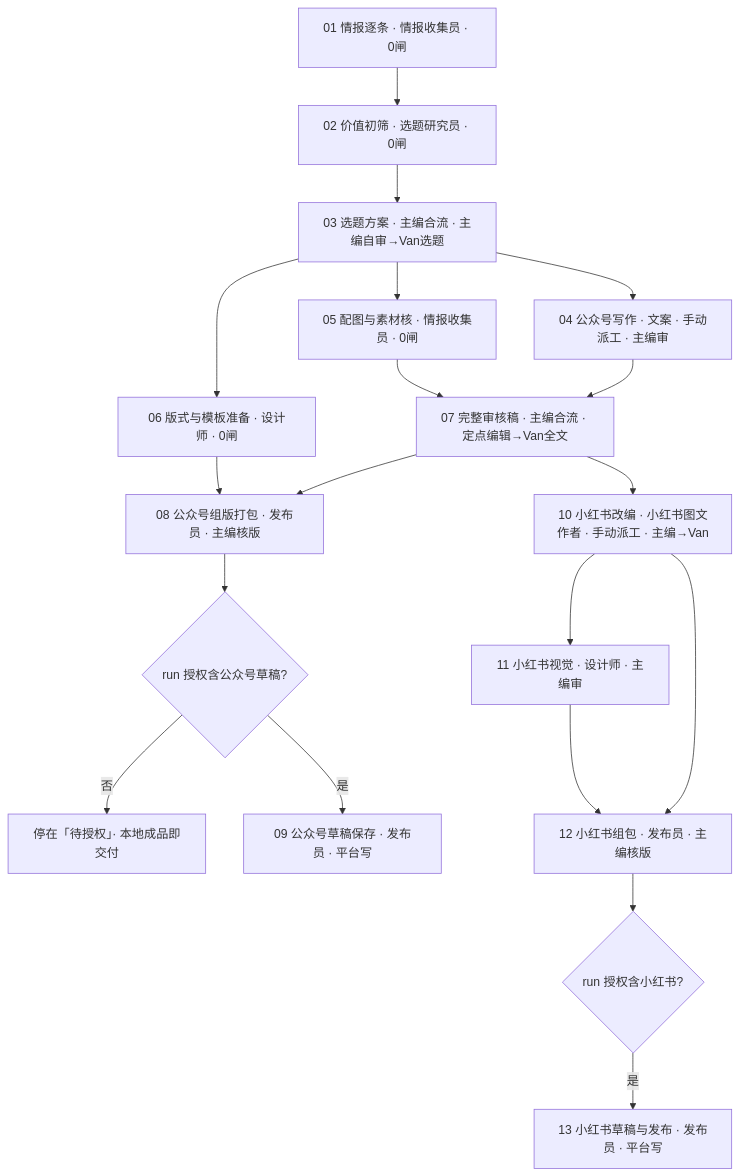
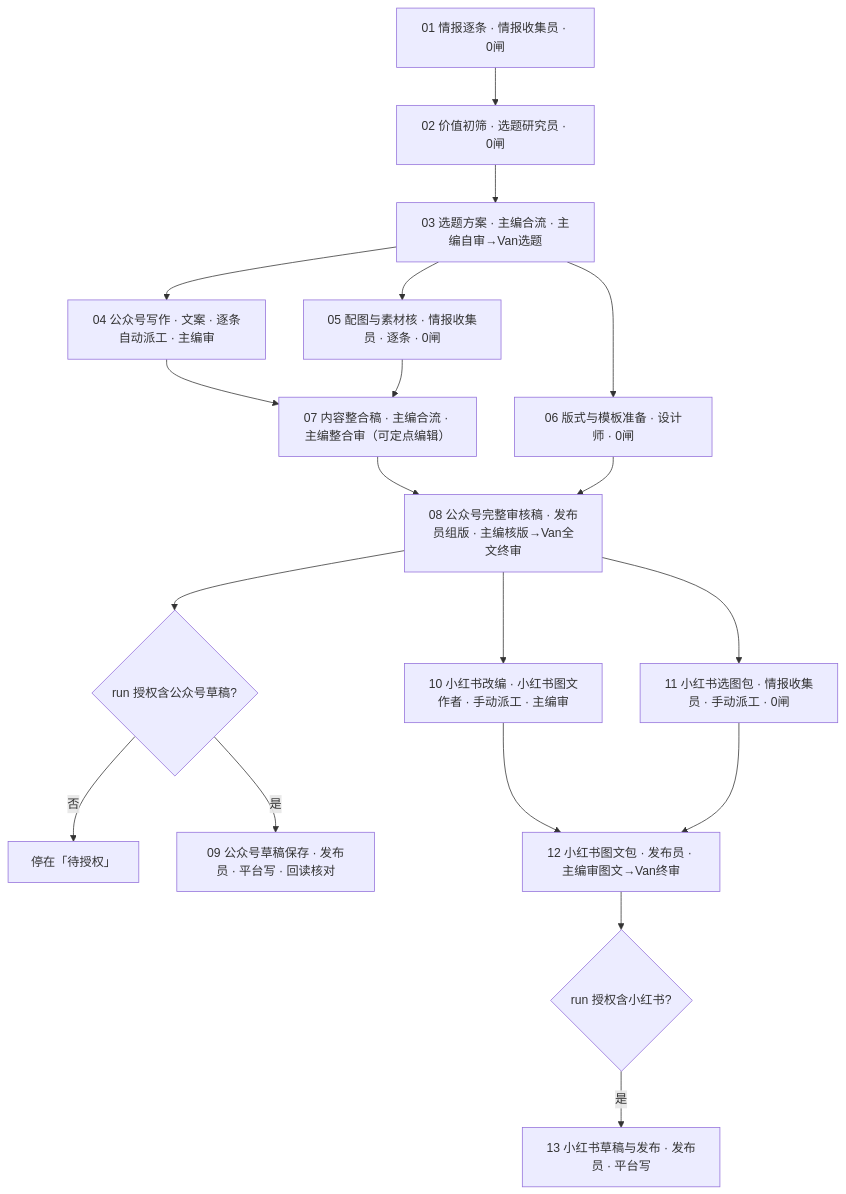
Before and after one commit to azure1489/csw-agent-team: the diagram in docs/资讯日更_全流程.md, drawn with Mermaid. The commit also changed other lines of this file and 67 other files, not shown here.

````diff
--- a/docs/资讯日更_全流程.md
+++ b/docs/资讯日更_全流程.md
@@ -43,21 +44,21 @@
 ```mermaid
 flowchart TD
   A[01 情报逐条 · 情报收集员 · 0闸] --> B[02 价值初筛 · 选题研究员 · 0闸]
   B --> C[03 选题方案 · 主编合流 · 主编自审→Van选题]
-  C --> D[04 公众号写作 · 文案 · 手动派工 · 主编审]
-  C --> E[05 配图与素材核 · 情报收集员 · 0闸]
+  C --> D[04 公众号写作 · 文案 · 逐条自动派工 · 主编审]
+  C --> E[05 配图与素材核 · 情报收集员 · 逐条 · 0闸]
   C --> F[06 版式与模板准备 · 设计师 · 0闸]
-  D --> G[07 完整审核稿 · 主编合流 · 定点编辑→Van全文]
+  D --> G[07 内容整合稿 · 主编合流 · 主编整合审（可定点编辑）]
   E --> G
-  G --> H[08 公众号组版打包 · 发布员 · 主编核版]
+  G --> H[08 公众号完整审核稿 · 发布员组版 · 主编核版→Van全文终审]
   F --> H
   H --> I{run 授权含公众号草稿?}
-  I -->|否| I0[停在「待授权」· 本地成品即交付]
-  I -->|是| J[09 公众号草稿保存 · 发布员 · 平台写]
-  G --> K[10 小红书改编 · 小红书图文作者 · 手动派工 · 主编→Van]
-  K --> L[11 小红书视觉 · 设计师 · 主编审]
-  K --> M[12 小红书组包 · 发布员 · 主编核版]
+  I -->|否| I0[停在「待授权」]
+  I -->|是| J[09 公众号草稿保存 · 发布员 · 平台写 · 回读核对]
+  H --> K[10 小红书改编 · 小红书图文作者 · 手动派工 · 主编审]
+  H --> L[11 小红书选图包 · 情报收集员 · 手动派工 · 0闸]
+  K --> M[12 小红书图文包 · 发布员 · 主编审图文→Van终审]
   L --> M
   M --> N{run 授权含小红书?}
   N -->|是| O[13 小红书草稿与发布 · 发布员 · 平台写]
 ```
````
